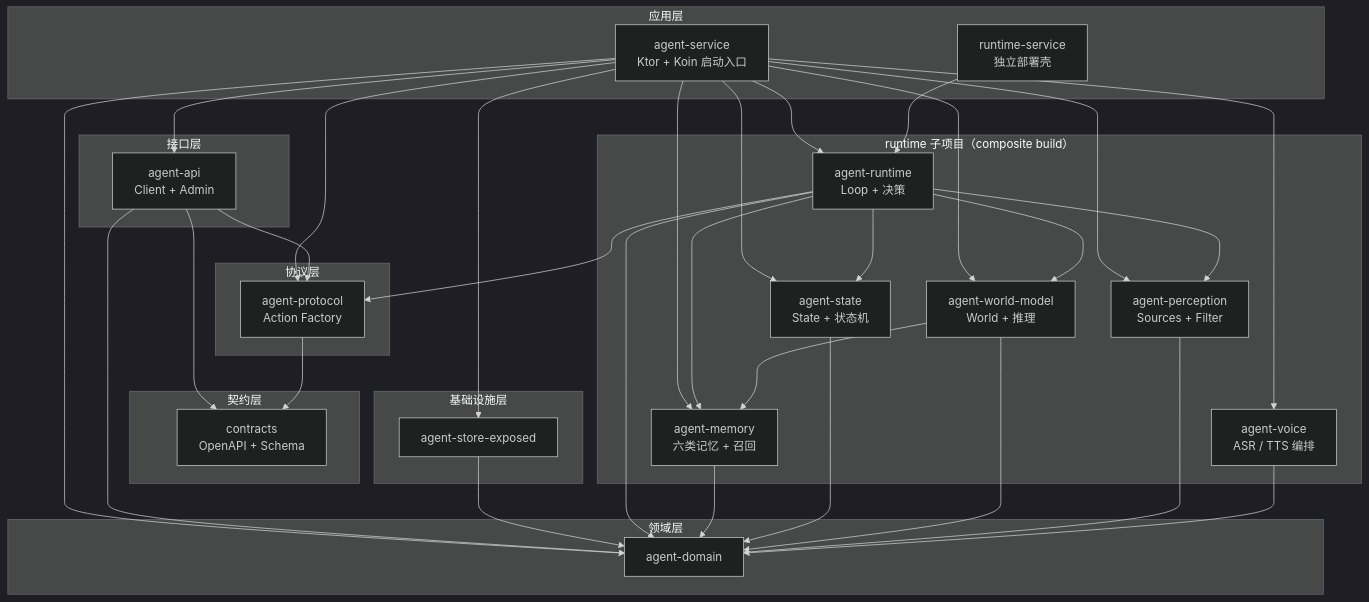
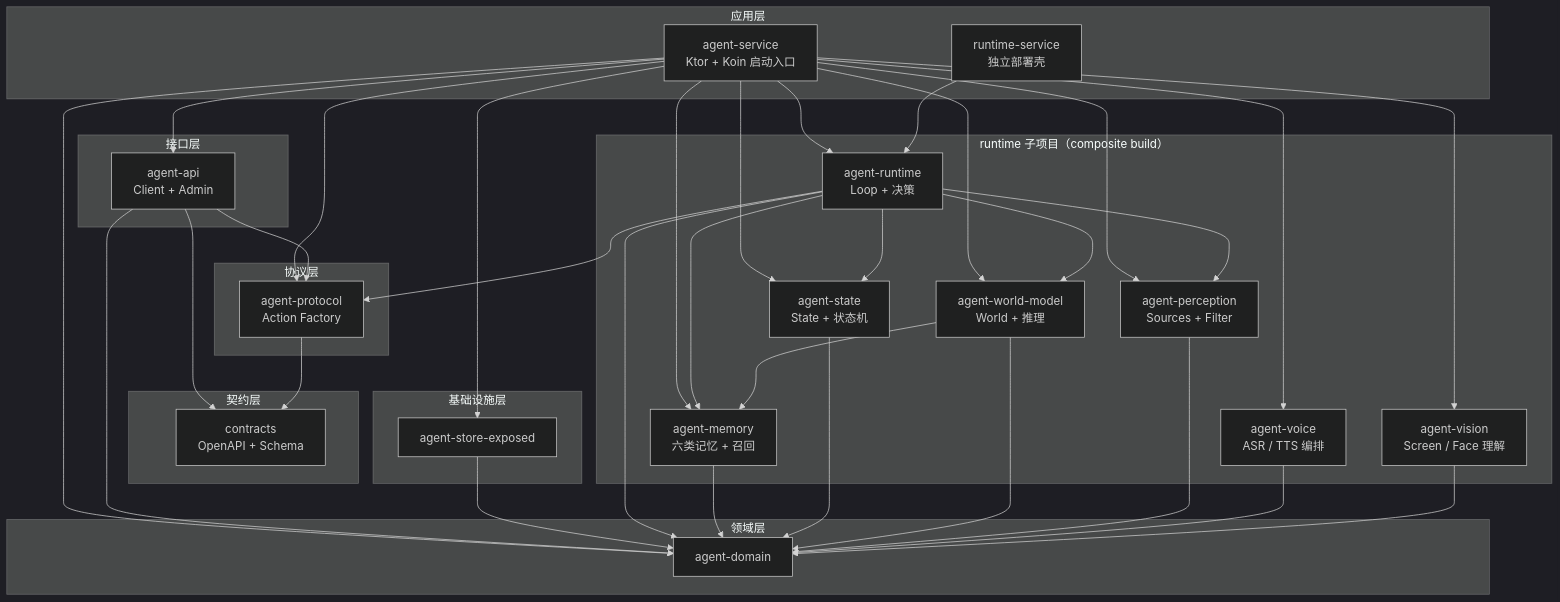
The first of 3 diagrams in architecture/AgentService工程架构.md (ayane-ai/ayane-docs), drawn with Mermaid (dark theme) before and after one commit. The commit also changed other lines of this file and 10 other files, not shown here.

First line of the commit message:
feat(architecture): 添加视觉层模块并更新架构文档

````diff
--- a/architecture/AgentService工程架构.md
+++ b/architecture/AgentService工程架构.md
@@ -22,68 +22,71 @@
 ```mermaid
 flowchart TB
     subgraph AppLayer["应用层"]
         AgentService[agent-service<br/>Ktor + Koin 启动入口]
         RuntimeService[runtime-service<br/>独立部署壳]
     end
 
     subgraph ApiLayer["接口层"]
         AgentApi[agent-api<br/>Client + Admin]
     end
 
     subgraph ProtocolLayer["协议层"]
         AgentProtocol[agent-protocol<br/>Action Factory]
     end
 
     subgraph ContractLayer["契约层"]
         Contracts[contracts<br/>OpenAPI + Schema]
     end
 
     subgraph InfraLayer["基础设施层"]
         StoreExposed[agent-store-exposed]
     end
 
     subgraph DomainLayer["领域层"]
         AgentDomain[agent-domain]
     end
 
     subgraph RuntimeCore["runtime 子项目（composite build）"]
         AgentRuntime[agent-runtime<br/>Loop + 决策]
         AgentMemory[agent-memory<br/>六类记忆 + 召回]
         AgentState[agent-state<br/>State + 状态机]
         AgentWorldModel[agent-world-model<br/>World + 推理]
         AgentPerception[agent-perception<br/>Sources + Filter]
         AgentVoice[agent-voice<br/>ASR / TTS 编排]
+        AgentVision[agent-vision<br/>Screen / Face 理解]
     end
 
     AgentService --> AgentApi
     AgentService --> AgentProtocol
     AgentService --> StoreExposed
     AgentService --> AgentRuntime
     AgentService --> AgentMemory
     AgentService --> AgentState
     AgentService --> AgentWorldModel
     AgentService --> AgentPerception
     AgentService --> AgentVoice
+    AgentService --> AgentVision
     AgentService --> AgentDomain
 
     AgentApi --> AgentProtocol
     AgentApi --> AgentDomain
     AgentApi --> Contracts
     AgentProtocol --> Contracts
     StoreExposed --> AgentDomain
 
     AgentRuntime --> AgentDomain
     AgentRuntime --> AgentProtocol
     AgentRuntime --> AgentMemory
     AgentRuntime --> AgentState
     AgentRuntime --> AgentWorldModel
     AgentRuntime --> AgentPerception
     AgentWorldModel --> AgentMemory
     AgentMemory --> AgentDomain
     AgentState --> AgentDomain
     AgentWorldModel --> AgentDomain
     AgentPerception --> AgentDomain
     AgentVoice --> AgentDomain
+    AgentVision --> AgentDomain
 
     RuntimeService --> AgentRuntime
 ```
````
